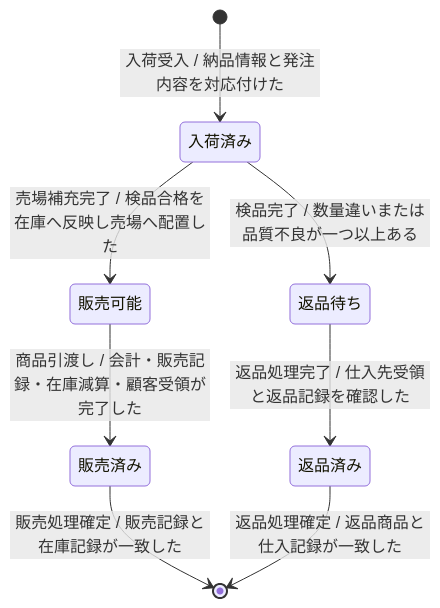
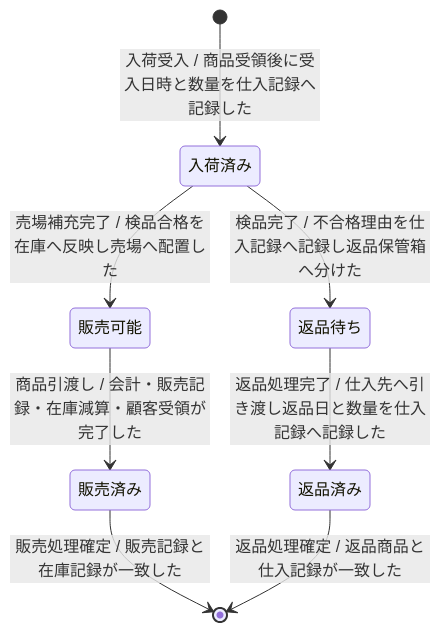
The diagram in docs/ja/specdojo/samples/stsd-sample.md (specdojo/specdojo), drawn with Mermaid before and after one commit. The commit also changed other lines of this file and 10 other files, not shown here.

````diff
--- a/docs/ja/specdojo/samples/stsd-sample.md
+++ b/docs/ja/specdojo/samples/stsd-sample.md
@@ -33,10 +34,10 @@
 ```mermaid
 stateDiagram-v2
-  [*] --> 入荷済み : 入荷受入 / 納品情報と発注内容を対応付けた
+  [*] --> 入荷済み : 入荷受入 / 商品受領後に受入日時と数量を仕入記録へ記録した
   入荷済み --> 販売可能 : 売場補充完了 / 検品合格を在庫へ反映し売場へ配置した
-  入荷済み --> 返品待ち : 検品完了 / 数量違いまたは品質不良が一つ以上ある
+  入荷済み --> 返品待ち : 検品完了 / 不合格理由を仕入記録へ記録し返品保管箱へ分けた
   販売可能 --> 販売済み : 商品引渡し / 会計・販売記録・在庫減算・顧客受領が完了した
-  返品待ち --> 返品済み : 返品処理完了 / 仕入先受領と返品記録を確認した
+  返品待ち --> 返品済み : 返品処理完了 / 仕入先へ引き渡し返品日と数量を仕入記録へ記録した
   販売済み --> [*] : 販売処理確定 / 販売記録と在庫記録が一致した
   返品済み --> [*] : 返品処理確定 / 返品商品と仕入記録が一致した
 ```
````
